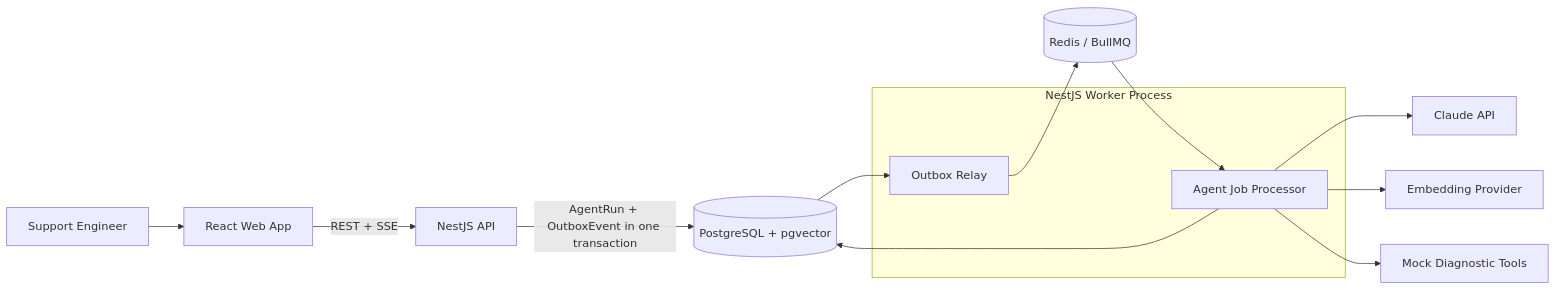
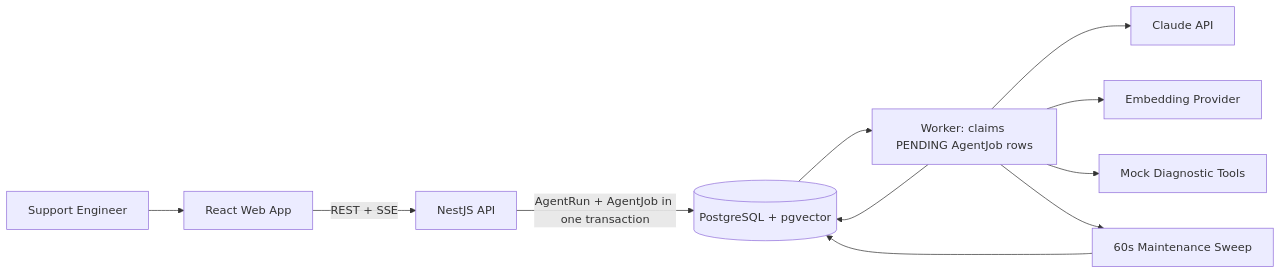
One commit to wye-ts/opspilot changed the first of 10 diagrams in docs/03-technical-design.md. Above: the diagram before and after it, drawn with Mermaid. The commit also changed other lines of this file and 4 other files, not shown here.

````diff
--- a/docs/03-technical-design.md
+++ b/docs/03-technical-design.md
@@ -153,18 +157,13 @@
 ```mermaid
 flowchart LR
     User[Support Engineer] --> Web[React Web App]
     Web -->|REST + SSE| API[NestJS API]
-    API -->|AgentRun + OutboxEvent in one transaction| DB[(PostgreSQL + pgvector)]
-    DB --> Relay[Outbox Relay]
-    Relay --> Queue[(Redis / BullMQ)]
-    Queue --> Processor[Agent Job Processor]
-    Processor --> DB
-    Processor --> Claude[Claude API]
-    Processor --> Embed[Embedding Provider]
-    Processor --> Tools[Mock Diagnostic Tools]
-
-    subgraph WorkerProcess[NestJS Worker Process]
-        Relay
-        Processor
-    end
+    API -->|AgentRun + AgentJob in one transaction| DB[(PostgreSQL + pgvector)]
+    DB --> Worker[Worker: claims PENDING AgentJob rows]
+    Worker --> DB
+    Worker --> Claude[Claude API]
+    Worker --> Embed[Embedding Provider]
+    Worker --> Tools[Mock Diagnostic Tools]
+    Worker --> Sweep[60s Maintenance Sweep]
+    Sweep --> DB
 ```
````
